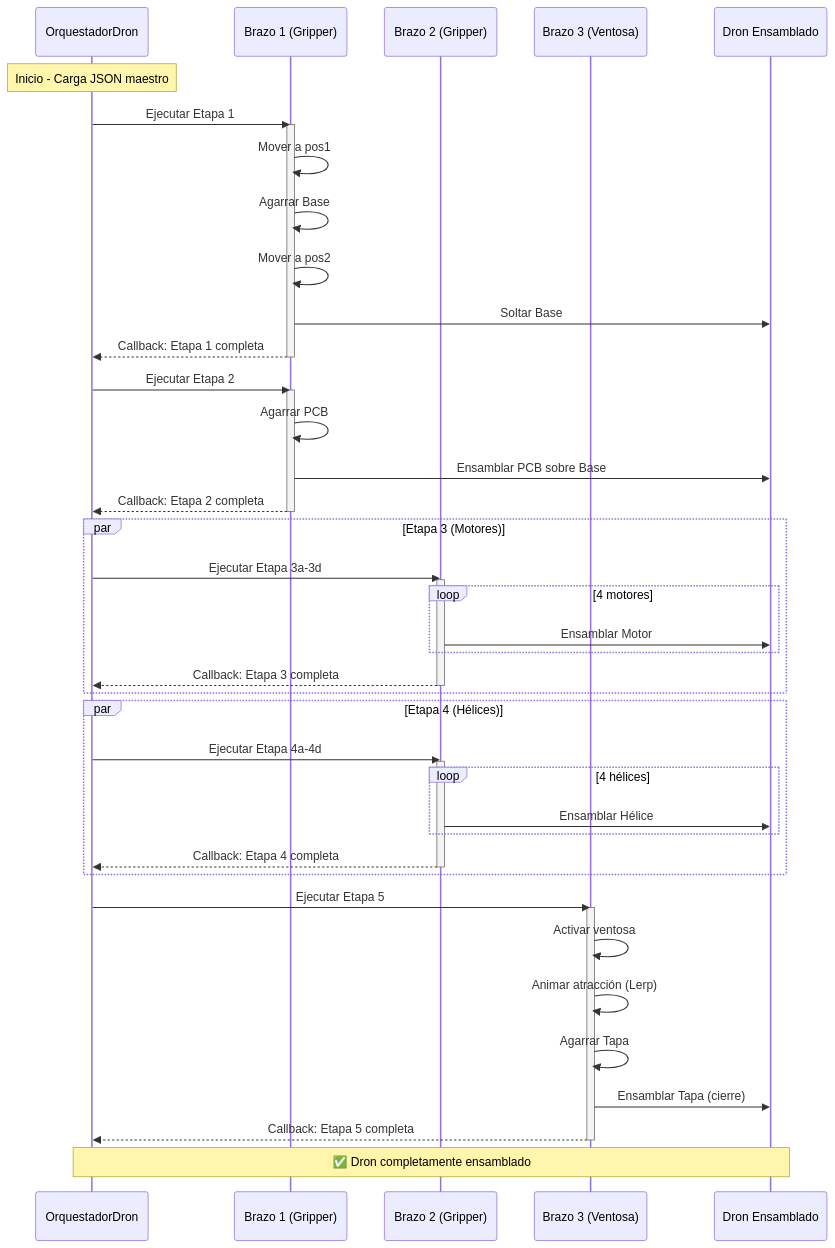
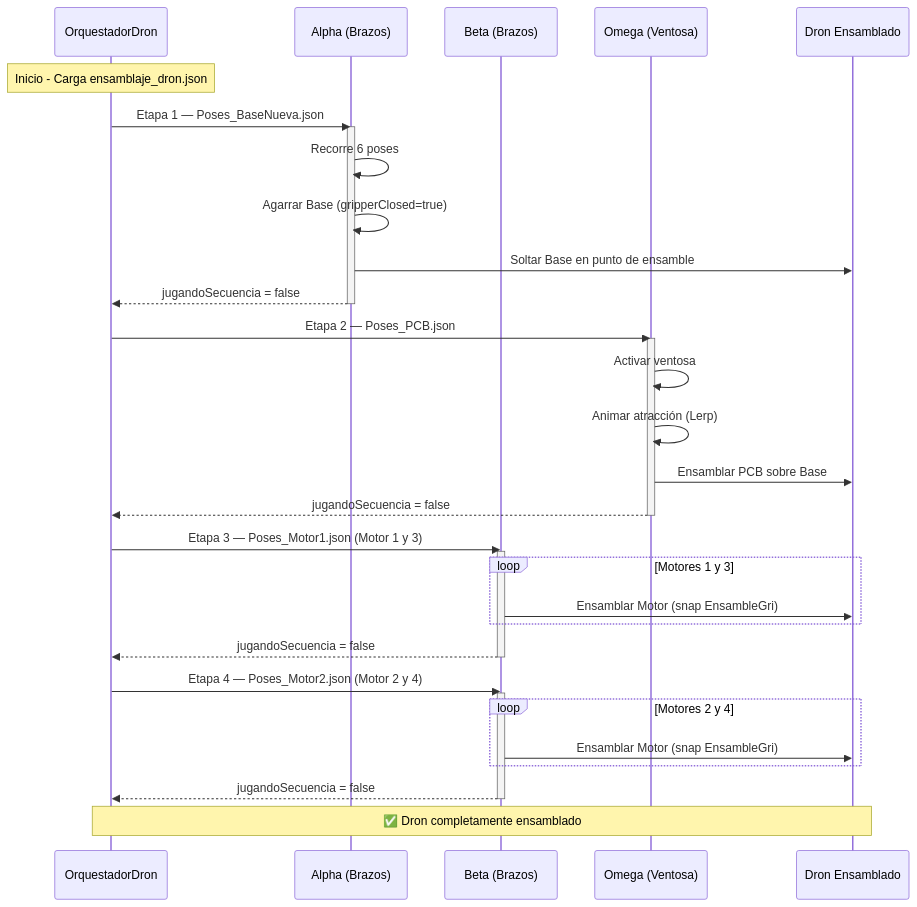
The fifth of 6 diagrams in README.md (jorgefajardom-coder/drone-packaging-simulation-unity), drawn with Mermaid before and after one commit. The commit also changed other lines of this file, not shown here.

````diff
--- a/README.md
+++ b/README.md
@@ -998,57 +1102,44 @@
 ```mermaid
 sequenceDiagram
     participant O as OrquestadorDron
-    participant B1 as Brazo 1 (Gripper)
-    participant B2 as Brazo 2 (Gripper)
-    participant B3 as Brazo 3 (Ventosa)
+    participant A as Alpha (Brazos)
+    participant B as Beta (Brazos)
+    participant W as Omega (Ventosa)
     participant D as Dron Ensamblado
     
-    Note over O: Inicio - Carga JSON maestro
+    Note over O: Inicio - Carga ensamblaje_dron.json
     
-    O->>B1: Ejecutar Etapa 1
-    activate B1
-    B1->>B1: Mover a pos1
-    B1->>B1: Agarrar Base
-    B1->>B1: Mover a pos2
-    B1->>D: Soltar Base
-    B1-->>O: Callback: Etapa 1 completa
-    deactivate B1
+    O->>A: Etapa 1 — Poses_BaseNueva.json
+    activate A
+    A->>A: Recorre 6 poses
+    A->>A: Agarrar Base (gripperClosed=true)
+    A->>D: Soltar Base en punto de ensamble
+    A-->>O: jugandoSecuencia = false
+    deactivate A
     
-    O->>B1: Ejecutar Etapa 2
-    activate B1
-    B1->>B1: Agarrar PCB
-    B1->>D: Ensamblar PCB sobre Base
-    B1-->>O: Callback: Etapa 2 completa
-    deactivate B1
+    O->>W: Etapa 2 — Poses_PCB.json
+    activate W
+    W->>W: Activar ventosa
+    W->>W: Animar atracción (Lerp)
+    W->>D: Ensamblar PCB sobre Base
+    W-->>O: jugandoSecuencia = false
+    deactivate W
     
-    par Etapa 3 (Motores)
-        O->>B2: Ejecutar Etapa 3a-3d
-        activate B2
-        loop 4 motores
-            B2->>D: Ensamblar Motor
-        end
-        B2-->>O: Callback: Etapa 3 completa
-        deactivate B2
+    O->>B: Etapa 3 — Poses_Motor1.json (Motor 1 y 3)
+    activate B
+    loop Motores 1 y 3
+        B->>D: Ensamblar Motor (snap EnsambleGri)
     end
+    B-->>O: jugandoSecuencia = false
+    deactivate B
     
-    par Etapa 4 (Hélices)
-        O->>B2: Ejecutar Etapa 4a-4d
-        activate B2
-        loop 4 hélices
-            B2->>D: Ensamblar Hélice
-        end
-        B2-->>O: Callback: Etapa 4 completa
-        deactivate B2
+    O->>B: Etapa 4 — Poses_Motor2.json (Motor 2 y 4)
+    activate B
+    loop Motores 2 y 4
+        B->>D: Ensamblar Motor (snap EnsambleGri)
     end
-    
-    O->>B3: Ejecutar Etapa 5
-    activate B3
-    B3->>B3: Activar ventosa
-    B3->>B3: Animar atracción (Lerp)
-    B3->>B3: Agarrar Tapa
-    B3->>D: Ensamblar Tapa (cierre)
-    B3-->>O: Callback: Etapa 5 completa
-    deactivate B3
+    B-->>O: jugandoSecuencia = false
+    deactivate B
     
     Note over O,D: ✅ Dron completamente ensamblado
 ```
````
